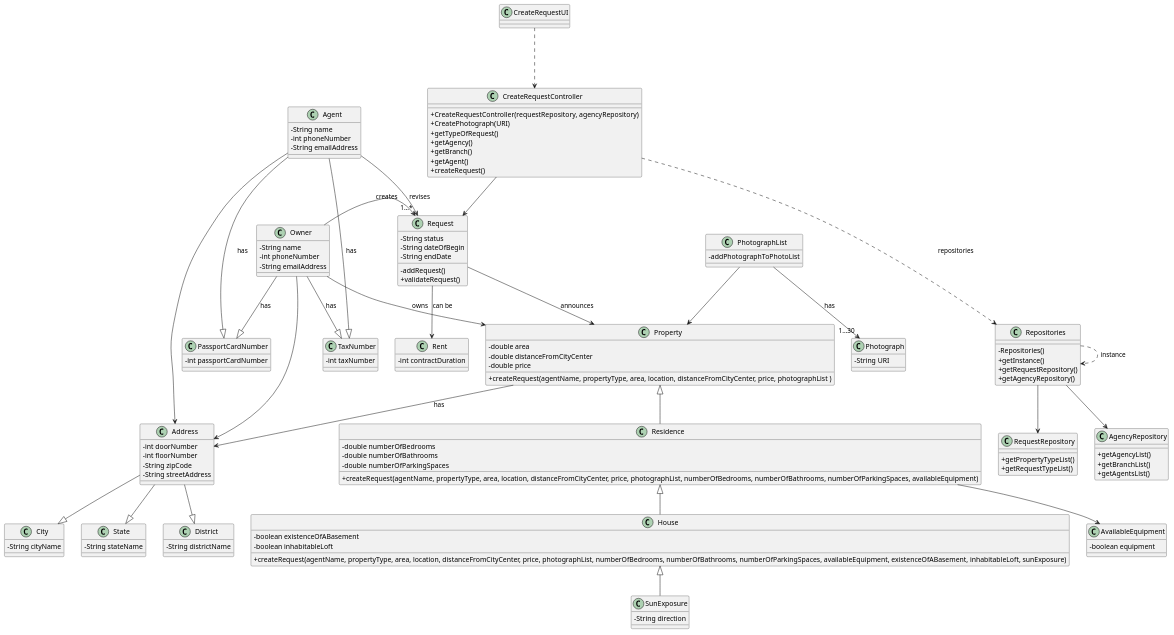
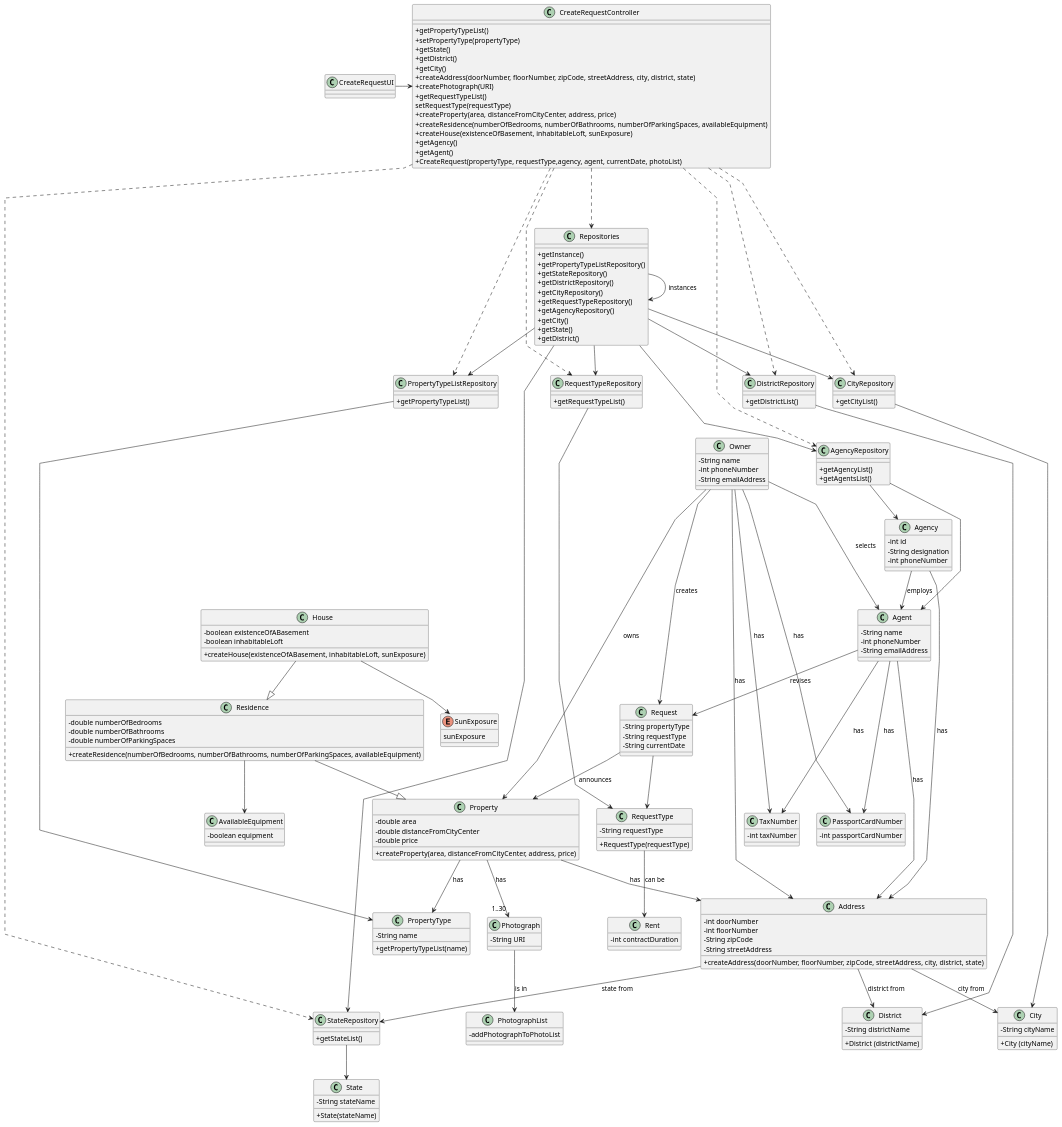
One commit to 1220812/LAPR2 changed the diagram in docs/sprintB/us004/03.design/puml/us004-class-diagram.puml. Above: the diagram before and after it, drawn with PlantUML. The commit also changed 17 other files, not shown here.

```diff
--- a/docs/sprintB/us004/03.design/puml/us004-class-diagram.puml
+++ b/docs/sprintB/us004/03.design/puml/us004-class-diagram.puml
@@ -1,35 +1,64 @@
 @startuml
 skinparam classAttributeIconSize 0
-skinparam linetype polylyne
+skinparam linetype polyline
+'skinparam linetype orto
 
 class CreateRequestUI{
 }
 
 class CreateRequestController{
-+CreateRequestController(requestRepository, agencyRepository)
-+CreatePhotograph(URI)
-+getTypeOfRequest()
++getPropertyTypeList()
++setPropertyType(propertyType)
++getState()
++getDistrict()
++getCity()
++createAddress(doorNumber, floorNumber, zipCode, streetAddress, city, district, state)
++createPhotograph(URI)
++getRequestTypeList()
+setRequestType(requestType)
++createProperty(area, distanceFromCityCenter, address, price)
++createResidence(numberOfBedrooms, numberOfBathrooms, numberOfParkingSpaces, availableEquipment)
++createHouse(existenceOfBasement, inhabitableLoft, sunExposure)
 +getAgency()
-+getBranch()
 +getAgent()
-+createRequest()
++CreateRequest(propertyType, requestType,agency, agent, currentDate, photoList)
 }
 
 class Repositories{
--Repositories()
 +getInstance()
-+getRequestRepository()
++getPropertyTypeListRepository()
++getStateRepository()
++getDistrictRepository()
++getCityRepository()
++getRequestTypeRepository()
 +getAgencyRepository()
++getCity()
++getState()
++getDistrict()
 }
 
-class RequestRepository{
+class PropertyTypeListRepository{
 +getPropertyTypeList()
+}
+
+class StateRepository{
++getStateList()
+}
+
+class DistrictRepository{
++getDistrictList()
+}
+
+class CityRepository{
++getCityList()
+}
+
+class RequestTypeRepository{
 +getRequestTypeList()
 }
 
 class AgencyRepository{
 +getAgencyList()
-+getBranchList()
 +getAgentsList()
 }
 
@@ -43,25 +72,23 @@
 }
 
 class Request{
--String status
--String dateOfBegin
--String endDate
--addRequest()
-+validateRequest()
+-String propertyType
+-String requestType
+-String currentDate
 }
 
 class Property{
 -double area
 -double distanceFromCityCenter
 -double price
-+createRequest(agentName, propertyType, area, location, distanceFromCityCenter, price, photographList )
++createProperty(area, distanceFromCityCenter, address, price)
 }
 
 class Residence{
 -double numberOfBedrooms
 -double numberOfBathrooms
 -double numberOfParkingSpaces
-+createRequest(agentName, propertyType, area, location, distanceFromCityCenter, price, photographList, numberOfBedrooms, numberOfBathrooms, numberOfParkingSpaces, availableEquipment)
++createResidence(numberOfBedrooms, numberOfBathrooms, numberOfParkingSpaces, availableEquipment)
 }
 
 class AvailableEquipment{
@@ -71,11 +98,11 @@
 class House{
 -boolean existenceOfABasement
 -boolean inhabitableLoft
-+createRequest(agentName, propertyType, area, location, distanceFromCityCenter, price, photographList, numberOfBedrooms, numberOfBathrooms, numberOfParkingSpaces, availableEquipment, existenceOfABasement, inhabitableLoft, sunExposure)
++createHouse(existenceOfABasement, inhabitableLoft, sunExposure)
 }
 
-class SunExposure{
--String direction
+enum SunExposure{
+sunExposure
 }
 
 class Address{
@@ -83,22 +110,31 @@
 -int floorNumber
 -String zipCode
 -String streetAddress
++createAddress(doorNumber, floorNumber, zipCode, streetAddress, city, district, state)
 }
 
 class State{
 -String stateName
++State(stateName)
 }
 
 class District{
 -String districtName
++District (districtName)
 }
 
 class City{
 -String cityName
++City (cityName)
 }
 
 class Rent{
 -int contractDuration
+}
+
+class RequestType{
+-String requestType
++RequestType(requestType)
 }
 
 class Owner{
@@ -121,31 +157,87 @@
 -int passportCardNumber
 }
 
-CreateRequestUI -.-> CreateRequestController
-Repositories -.-> Repositories : instance
-CreateRequestController -.-> Repositories : repositories
-Repositories --> AgencyRepository
-Repositories --> RequestRepository
-Address --|> State
-Address --|> City
-Address --|> District
-Property <|-- Residence
+class PropertyType{
+-String name
++getPropertyTypeList(name)
+}
+
+class Agency{
+-int id
+-String designation
+-int phoneNumber
+}
+
+CreateRequestUI -> CreateRequestController
+
+CreateRequestController -.-> Repositories
+CreateRequestController -.-> PropertyTypeListRepository
+CreateRequestController -.-> RequestTypeRepository
+CreateRequestController -.-> AgencyRepository
+CreateRequestController -.-> CityRepository
+CreateRequestController -.-> DistrictRepository
+CreateRequestController -.-> StateRepository
+
+Repositories --> Repositories : instances
+Repositories --> PropertyTypeListRepository
+Repositories --> RequestTypeRepository
+Repositories ---> AgencyRepository
+Repositories --> CityRepository
+Repositories --> DistrictRepository
+Repositories --> StateRepository
+
+PropertyTypeListRepository -> PropertyType
+
+House --|> Residence
+House --> SunExposure
+
+Residence --|> Property
+Residence --> AvailableEquipment
+
+Property --> PropertyType : has
+Property --> "1..30" Photograph : has
 Property --> Address : has
-PhotographList --> Property
-Residence <|-- House
-Residence --> AvailableEquipment
+
+AgencyRepository --> Agency
+
+Agency --> Address : has
+Agency --> Agent : employs
+
+Photograph --> PhotographList : is in
+
+StateRepository --> State
+
+DistrictRepository --> District
+
+CityRepository --> City
+
+Owner --> Property : owns
+Owner ---> Request : creates
+Owner --> Address : has
+Owner ---> TaxNumber : has
+Owner ---> PassportCardNumber : has
+Owner ---> Agent : selects
+
+RequestType --> Rent : can be
+Request --> RequestType
+
+RequestTypeRepository --> RequestType
+Agent --> Request : revises
+Agent ---> Address : has
+Agent ---> TaxNumber : has
+Agent ---> PassportCardNumber : has
+
 Request --> Property : announces
-House <|-- SunExposure
-Request --> Rent : can be
-PhotographList --> "1...30" Photograph : has
-CreateRequestController --> Request
-Owner -> Property : owns
-Owner --|> TaxNumber : has
-Owner --|> PassportCardNumber : has
-Agent --|> PassportCardNumber : has
-Agent --|> TaxNumber : has
-Owner -> "1...*" Request : creates
-Agent --> Request : revises
-Agent --> Address
-Owner --> Address
+
+Address --> StateRepository : state from
+
+Address --> District : district from
+
+Address --> City : city from
+
+AgencyRepository --> Agent
+
+
+
+
 @enduml
```
